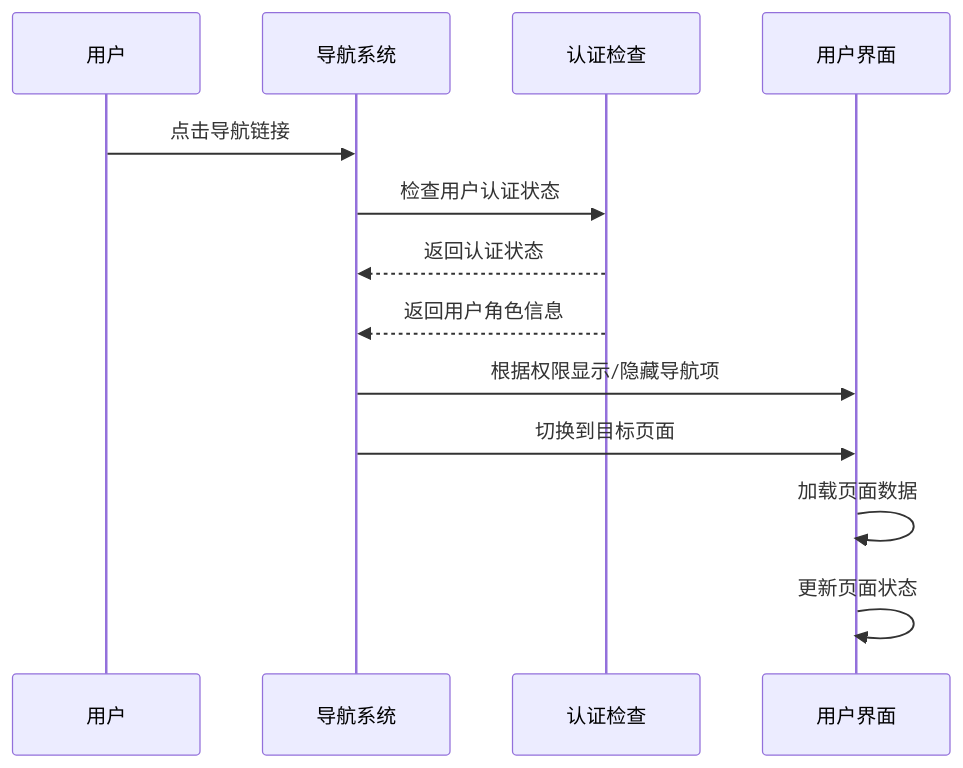
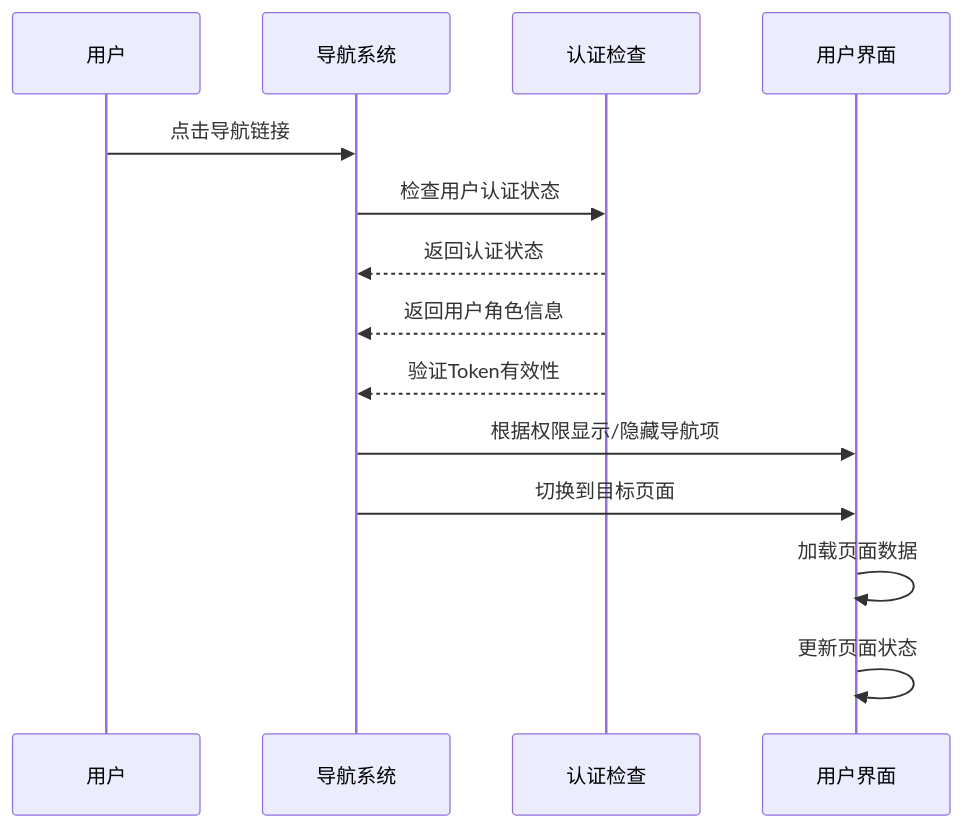
Before and after one commit to qq20739111/weilushishe-lishitai: the tenth of 28 diagrams in .qoder/repowiki/zh/content/Web界面/JavaScript交互逻辑/用户认证系统.md, drawn with Mermaid. The commit also changed other lines of this file and 23 other files, not shown here.

````diff
--- a/.qoder/repowiki/zh/content/Web界面/JavaScript交互逻辑/用户认证系统.md
+++ b/.qoder/repowiki/zh/content/Web界面/JavaScript交互逻辑/用户认证系统.md
@@ -319,15 +418,16 @@
 ```mermaid
 sequenceDiagram
 participant User as 用户
 participant Nav as 导航系统
 participant Auth as 认证检查
 participant UI as 用户界面
 User->>Nav : 点击导航链接
 Nav->>Auth : 检查用户认证状态
 Auth-->>Nav : 返回认证状态
 Auth-->>Nav : 返回用户角色信息
+Auth-->>Nav : 验证Token有效性
 Nav->>UI : 根据权限显示/隐藏导航项
 Nav->>UI : 切换到目标页面
 UI->>UI : 加载页面数据
 UI->>UI : 更新页面状态
 ```
````
